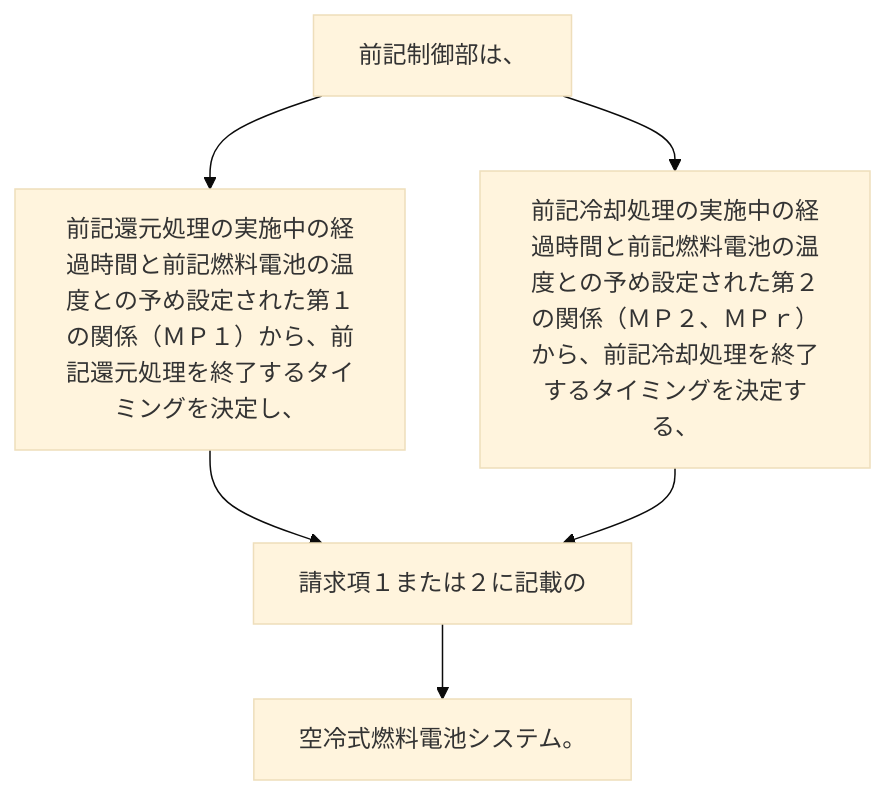
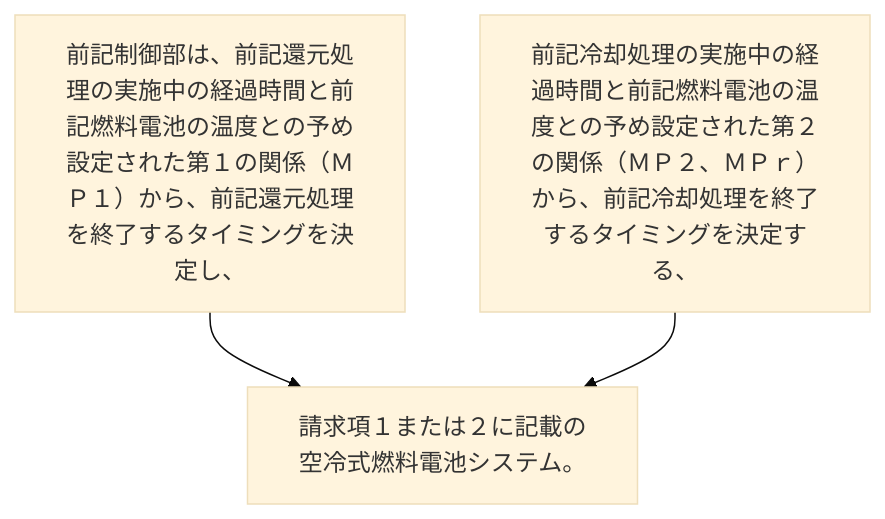
Before and after one commit to shinmori55/patent_analyzed: the diagram in 2024/JP2024017767A/claim_5/README.md, drawn with Mermaid (base theme). The commit also changed 336 other files, not shown here.

````diff
--- a/2024/JP2024017767A/claim_5/README.md
+++ b/2024/JP2024017767A/claim_5/README.md
@@ -2,13 +2,8 @@
 ```mermaid
 flowchart TD
-A[前記制御部は、]
-B[前記還元処理の実施中の経過時間と前記燃料電池の温度との予め設定された第１の関係（ＭＰ１）から、前記還元処理を終了するタイミングを決定し、]
-C[前記冷却処理の実施中の経過時間と前記燃料電池の温度との予め設定された第２の関係（ＭＰ２、ＭＰｒ）から、前記冷却処理を終了するタイミングを決定する、]
-D[請求項１または２に記載の]
-E[空冷式燃料電池システム。]
-A --> B
+A[前記制御部は、前記還元処理の実施中の経過時間と前記燃料電池の温度との予め設定された第１の関係（ＭＰ１）から、前記還元処理を終了するタイミングを決定し、]
+B[前記冷却処理の実施中の経過時間と前記燃料電池の温度との予め設定された第２の関係（ＭＰ２、ＭＰｒ）から、前記冷却処理を終了するタイミングを決定する、]
+C[請求項１または２に記載の空冷式燃料電池システム。]
 A --> C
-B --> D
-C --> D
-D --> E
+B --> C
 ```
````
